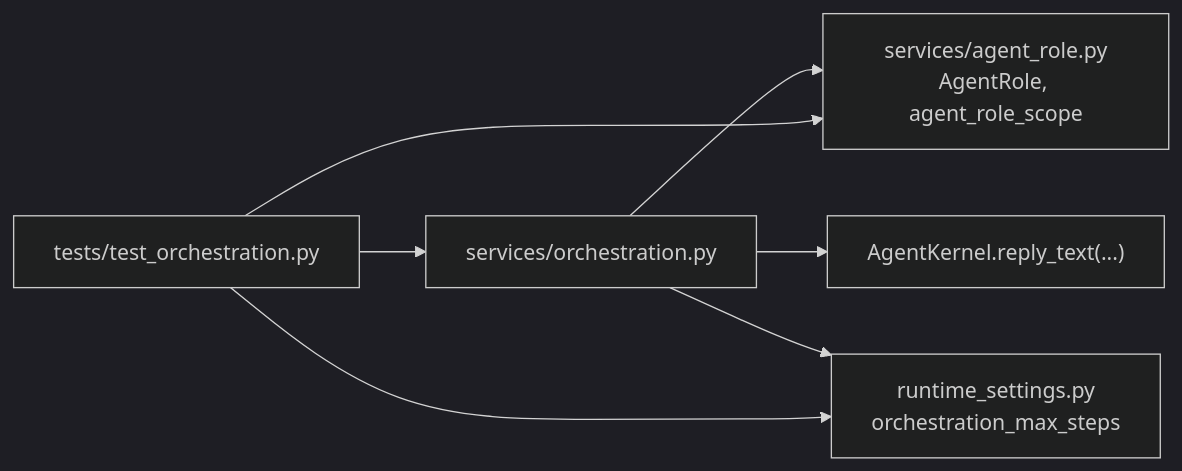
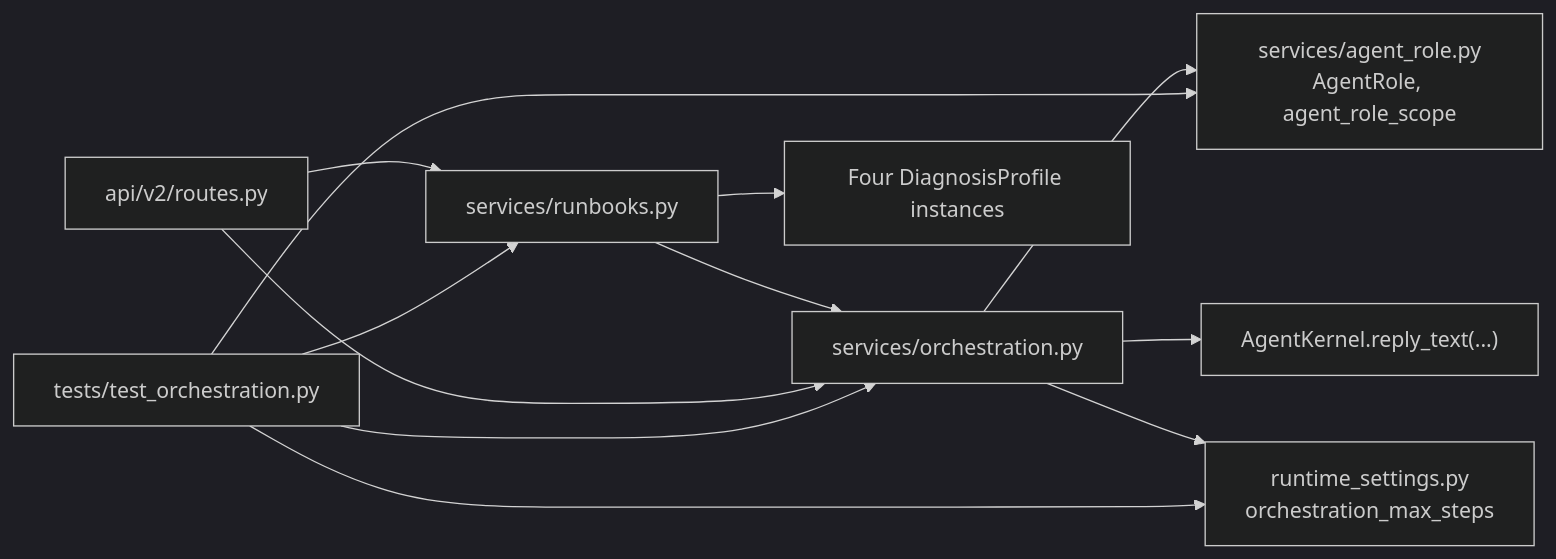
Before and after one commit to metasync/luban-aiops: the seventh of 7 diagrams in .qoder/repowiki/en/content/Shared Contracts/SPEC-076_ Bounded Autonomous Diagnosis.md, drawn with Mermaid (dark theme). The commit also changed other lines of this file and 164 other files, not shown here.

````diff
--- a/.qoder/repowiki/en/content/Shared Contracts/SPEC-076_ Bounded Autonomous Diagnosis.md
+++ b/.qoder/repowiki/en/content/Shared Contracts/SPEC-076_ Bounded Autonomous Diagnosis.md
@@ -262,9 +424,14 @@
 ```mermaid
 graph LR
 Orchestration["services/orchestration.py"] --> AgentRole["services/agent_role.py<br/>AgentRole, agent_role_scope"]
 Orchestration --> Kernel["AgentKernel.reply_text(...)"]
 Orchestration --> RuntimeSettings["runtime_settings.py<br/>orchestration_max_steps"]
+Runbooks["services/runbooks.py"] --> Orchestration
+Runbooks --> Profiles["Four DiagnosisProfile instances"]
+Routes["api/v2/routes.py"] --> Runbooks
+Routes --> Orchestration
 Tests["tests/test_orchestration.py"] --> Orchestration
+Tests --> Runbooks
 Tests --> RuntimeSettings
 Tests --> AgentRole
 ```
````
